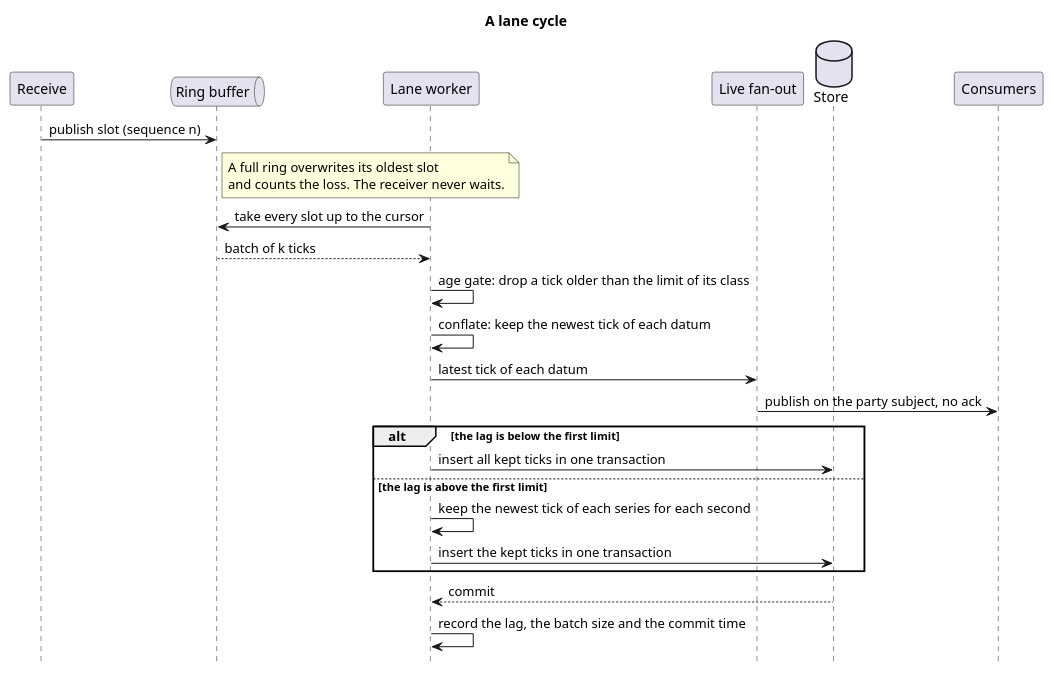
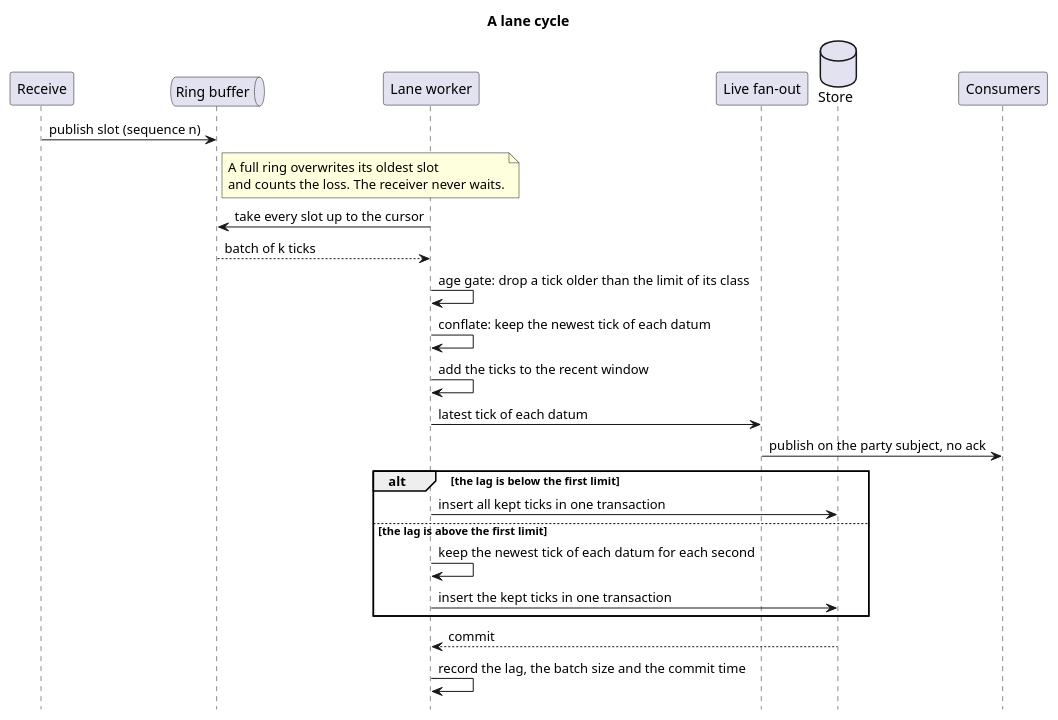
The diagram in doc/knowledge/architecture/tick_ingest_lane_cycle.puml (OreStudio/OreStudio), drawn with PlantUML before and after one commit. The commit also changed 9 other files, not shown here.

Commit message:
[doc] Add the recent window, the asset class contract and the design review to the tick pipeline

```diff
--- a/doc/knowledge/architecture/tick_ingest_lane_cycle.puml
+++ b/doc/knowledge/architecture/tick_ingest_lane_cycle.puml
@@ -18,40 +18,41 @@
 @startuml
 
 title A lane cycle
 
 hide footbox
 skinparam sequenceMessageAlign left
 
 participant "Receive" as recv
 queue "Ring buffer" as ring
 participant "Lane worker" as lane
 participant "Live fan-out" as live
 database "Store" as db
 participant "Consumers" as cons
 
 recv -> ring : publish slot (sequence n)
 note right of ring
     A full ring overwrites its oldest slot
     and counts the loss. The receiver never waits.
 end note
 
 lane -> ring : take every slot up to the cursor
 ring --> lane : batch of k ticks
 
 lane -> lane : age gate: drop a tick older than the limit of its class
 lane -> lane : conflate: keep the newest tick of each datum
+lane -> lane : add the ticks to the recent window
 
 lane -> live : latest tick of each datum
 live -> cons : publish on the party subject, no ack
 
 alt the lag is below the first limit
     lane -> db : insert all kept ticks in one transaction
 else the lag is above the first limit
-    lane -> lane : keep the newest tick of each series for each second
+    lane -> lane : keep the newest tick of each datum for each second
     lane -> db : insert the kept ticks in one transaction
 end
 
 db --> lane : commit
 lane -> lane : record the lag, the batch size and the commit time
 
 @enduml
```
